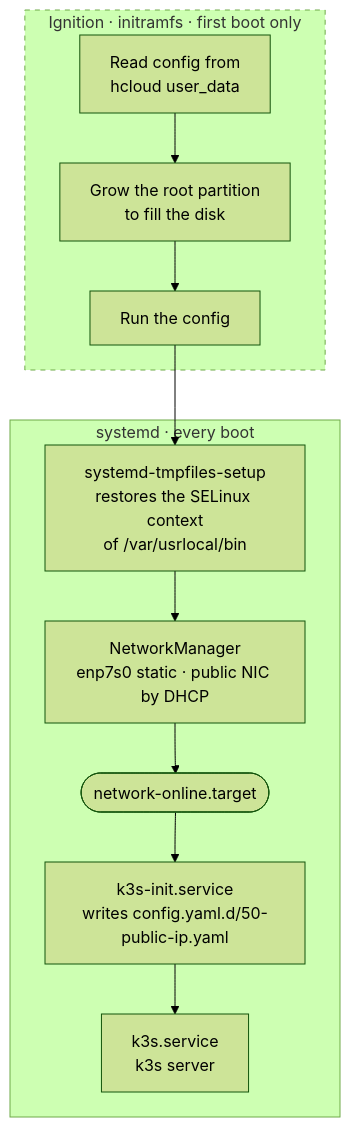
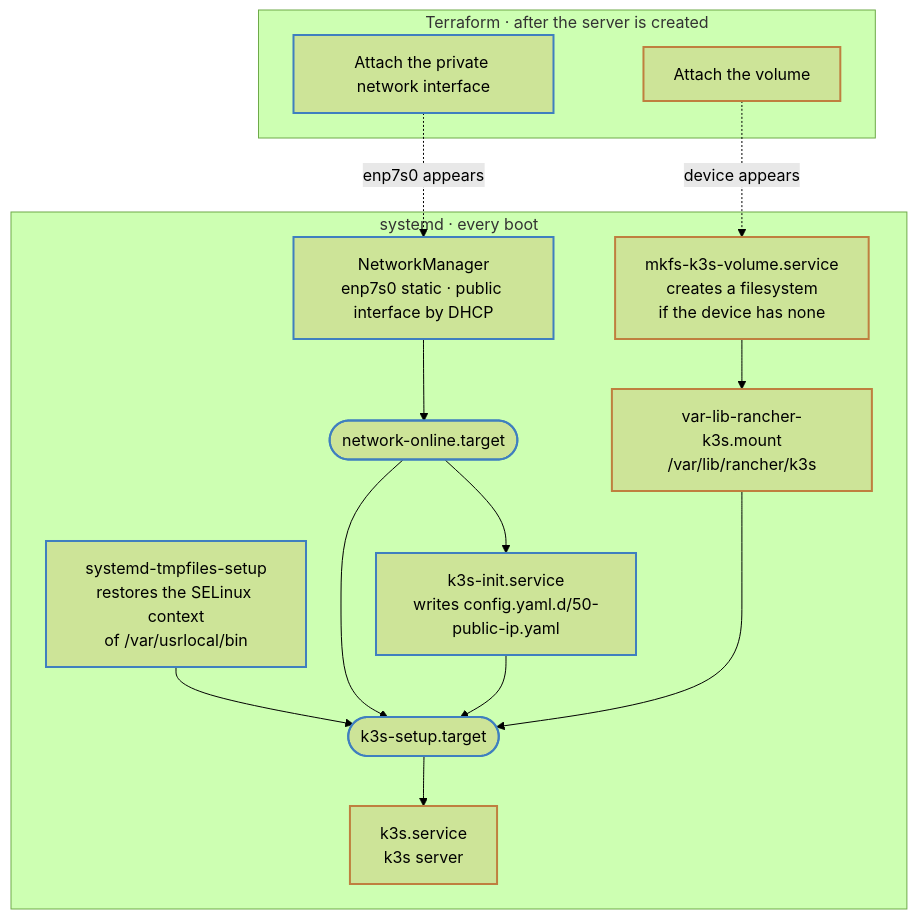
The diagram in docs/boot.md (lthms/raya), drawn with Mermaid (forest theme) before and after one commit. The commit also changed other lines of this file and 4 other files, not shown here.

Commit message:
Move the control plane database and PKI in an external volume (#15)

````diff
--- a/docs/boot.md
+++ b/docs/boot.md
@@ -5,23 +40,36 @@
 ```mermaid
 graph TB
-  subgraph ignition["Ignition · initramfs · first boot only"]
-    fetch["Read config from<br/>hcloud user_data"]
-    growfs["Grow the root partition<br/>to fill the disk"]
-    run["Run the config"]
-    fetch --> growfs --> run
+  subgraph terraform["Terraform · after the server is created"]
+    attach_nic["Attach the private network interface"]
+    attach_vol["Attach the volume"]
   end
 
   subgraph systemd["systemd · every boot"]
     tmpfiles["systemd-tmpfiles-setup<br/>restores the SELinux context<br/>of /var/usrlocal/bin"]
-    nm["NetworkManager<br/>enp7s0 static · public NIC by DHCP"]
+    nm["NetworkManager<br/>enp7s0 static · public interface by DHCP"]
     online(["network-online.target"])
     init["k3s-init.service<br/>writes config.yaml.d/50-public-ip.yaml"]
+    mkfs["mkfs-k3s-volume.service<br/>creates a filesystem<br/>if the device has none"]
+    mount["var-lib-rancher-k3s.mount<br/>/var/lib/rancher/k3s"]
+    setup(["k3s-setup.target"])
     k3s["k3s.service<br/>k3s server"]
-    tmpfiles --> nm --> online --> init --> k3s
+
+    nm --> online --> init
+    mkfs --> mount
+
+    tmpfiles --> setup
+    online --> setup
+    init --> setup
+    mount --> setup
+    setup --> k3s
   end
 
-  run --> tmpfiles
+  attach_nic -.->|enp7s0 appears| nm
+  attach_vol -.->|device appears| mkfs
 
-  classDef onceOnly stroke-dasharray: 5 5
-  class ignition onceOnly
+  classDef shared stroke:#3f7fbf,stroke-width:2px
+  classDef control stroke:#bf7f3f,stroke-width:2px
+
+  class attach_nic,tmpfiles,nm,online,init,setup,legend_shared shared
+  class attach_vol,mkfs,mount,k3s,legend_control control
 ```
````
